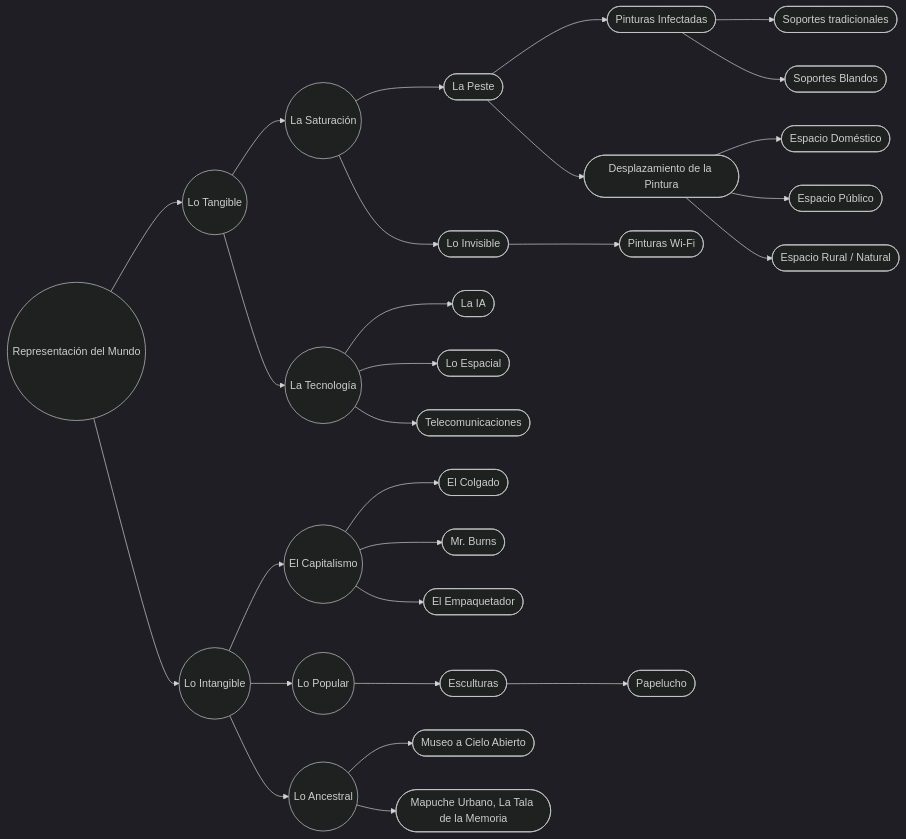
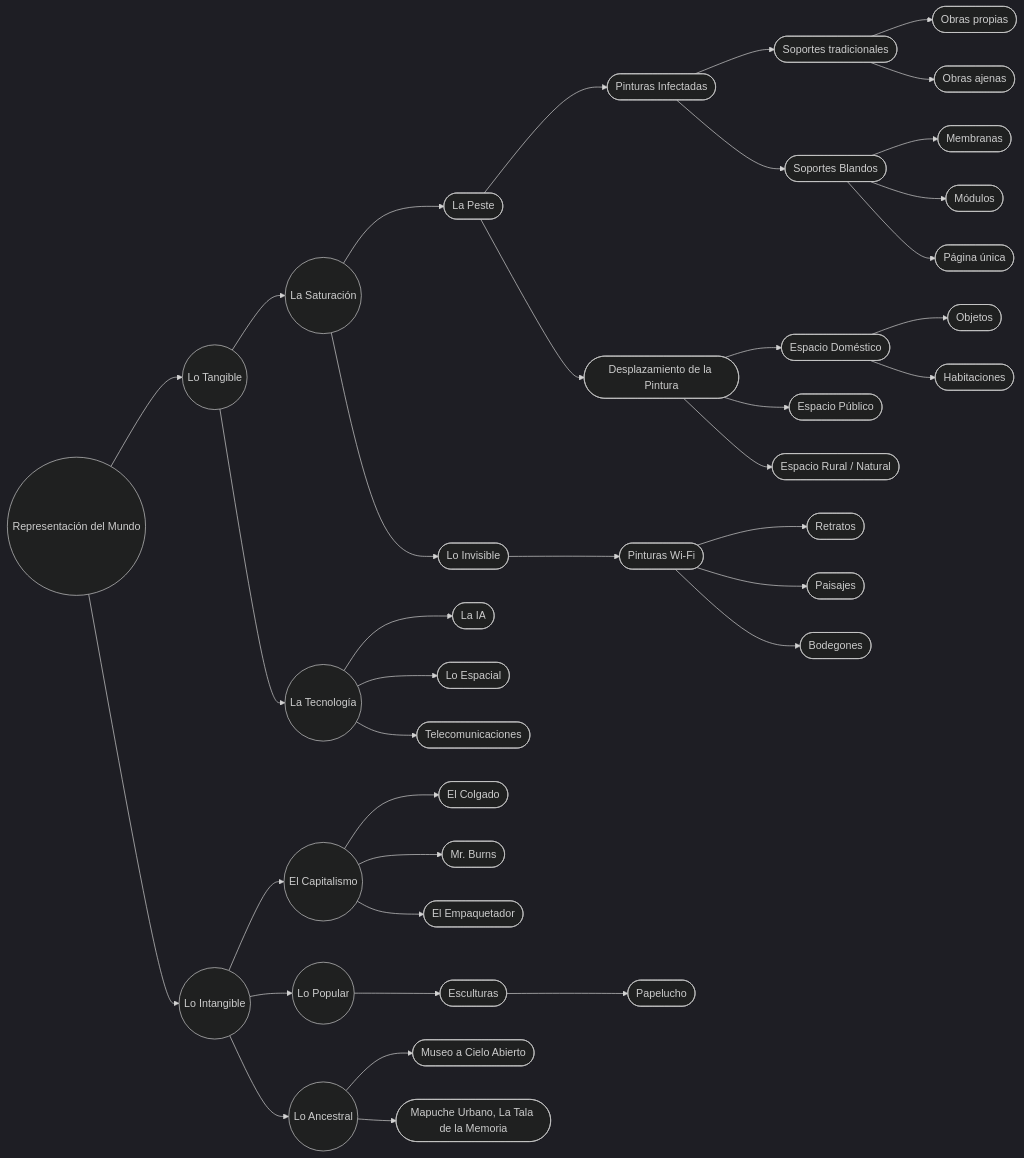
One commit to EGGS-Artesvisuales/EGGS-Artesvisuales.github.io changed the first of 3 diagrams in ES/diagrama.md. Above: the diagram before and after it, drawn with Mermaid (dark theme). The commit also changed other lines of this file, not shown here.

```diff
--- a/ES/diagrama.md
+++ b/ES/diagrama.md
@@ -34,13 +34,31 @@
   A1a1a --> A1a1a1([Soportes tradicionales])
   A1a1a --> A1a1a2([Soportes Blandos])
 
+  %% HIJOS: Soportes tradicionales
+  A1a1a1 --> ST_OP([Obras propias])
+  A1a1a1 --> ST_OA([Obras ajenas])
+
+  %% HIJOS: Soportes Blandos
+  A1a1a2 --> SB_MEM([Membranas])
+  A1a1a2 --> SB_MOD([Módulos])
+  A1a1a2 --> SB_PU([Página única])
+
   A1a1 --> A1a1b([Desplazamiento de la Pintura])
   A1a1b --> A1a1b1([Espacio Doméstico])
   A1a1b --> A1a1b2([Espacio Público])
   A1a1b --> A1a1b3([Espacio Rural / Natural])
 
+  %% HIJOS: Espacio Doméstico
+  A1a1b1 --> ED_OBJ([Objetos])
+  A1a1b1 --> ED_HAB([Habitaciones])
+
   A1a --> A1a2([Lo Invisible])
   A1a2 --> A1a2a([Pinturas Wi-Fi])
+
+  %% HIJOS: Pinturas Wi-Fi
+  A1a2a --> PW_RET([Retratos])
+  A1a2a --> PW_PAI([Paisajes])
+  A1a2a --> PW_BOD([Bodegones])
 
   A1 --> A1b((La Tecnología))
   A1b --> A1b1([La IA])
@@ -66,18 +84,49 @@
   click A2 "intangible.html" "Ir a Lo Intangible"
   click A1a "saturacion.html" "Ir a La Saturación"
   click A1a1 "la-peste.html" "Ir a La Peste"
-  click A1a1a "peste-pinturas-infectadas.html" "Ir a Pinturas infectadas"
+
+  %% Pinturas Infectadas (página)
+  click A1a1a "/ES/peste-pinturas-infectadas.html" "Ir a Pinturas Infectadas"
+
+  %% Desplazamiento (página)
   click A1a1b "desplazamiento-pintura.html" "Ir a Desplazamiento de la Pintura"
-  click A1a1b1 "espacio-domestico.html" "Ir a Espacio Doméstico"
+
+  %% Espacios (páginas)
+  click A1a1b1 "/es/espacio-domestico" "Ir a Espacio Doméstico"
   click A1a1b2 "espacio-publico.html" "Ir a Espacio Público"
   click A1a1b3 "espacio-rural.html" "Ir a Espacio Rural / Natural"
+
+  %% Lo Invisible (página)
   click A1a2 "lo-invisible.html" "Ir a Lo Invisible"
+
+  %% Pinturas Wi-Fi (página)
+  click A1a2a "/ES/pinturas-wifi.html" "Ir a Pinturas Wi-Fi"
+
+  %% Museo a Cielo Abierto (página)
   click A2c1 "musoe-cielo-abierto.html" "Ir a Museo a Cielo Abierto"
 
+  %% Enlaces a SECCIONES internas (anchors)
+
+  %% Pinturas Infectadas: Soportes Tradicionales / Blandos
+  click A1a1a1 "/ES/peste-pinturas-infectadas.html#soportes-tradicionales" "Ir a Soportes tradicionales"
+  click ST_OA "/ES/peste-pinturas-infectadas.html#intervenciones" "Ir a Obras ajenas (Intervenciones)"
+  click ST_OP "/ES/peste-pinturas-infectadas.html#producciones" "Ir a Obras propias (Producciones)"
+
+  click A1a1a2 "/ES/peste-pinturas-infectadas.html#soportes-blandos" "Ir a Soportes blandos"
+  click SB_MEM "/ES/peste-pinturas-infectadas.html#membranas" "Ir a Membranas"
+  click SB_MOD "/ES/peste-pinturas-infectadas.html#modulos" "Ir a Módulos"
+  click SB_PU "/ES/peste-pinturas-infectadas.html#unidades" "Ir a Página única (Unidades)"
+
+  %% Espacio Doméstico: Objetos / Habitaciones
+  click ED_OBJ "/es/espacio-domestico#objetos" "Ir a Objetos"
+  click ED_HAB "/es/espacio-domestico#habitaciones" "Ir a Habitaciones"
+
+  %% Pinturas Wi-Fi: Retratos / Paisajes / Bodegones
+  click PW_PAI "/ES/pinturas-wifi.html#paisajes" "Ir a Paisajes"
+  click PW_RET "/ES/pinturas-wifi.html#retratos" "Ir a Retratos"
+  click PW_BOD "/ES/pinturas-wifi.html#bodegones" "Ir a Bodegones"
+
   %% Enlaces (no existentes aún -> en construcción)
-  click A1a1a1 "en-construccion.html" "En construcción"
-  click A1a1a2 "en-construccion.html" "En construcción"
-  click A1a2a "en-construccion.html" "En construcción"
   click A1b "en-construccion.html" "En construcción"
   click A1b1 "en-construccion.html" "En construcción"
   click A1b2 "en-construccion.html" "En construcción"
```
